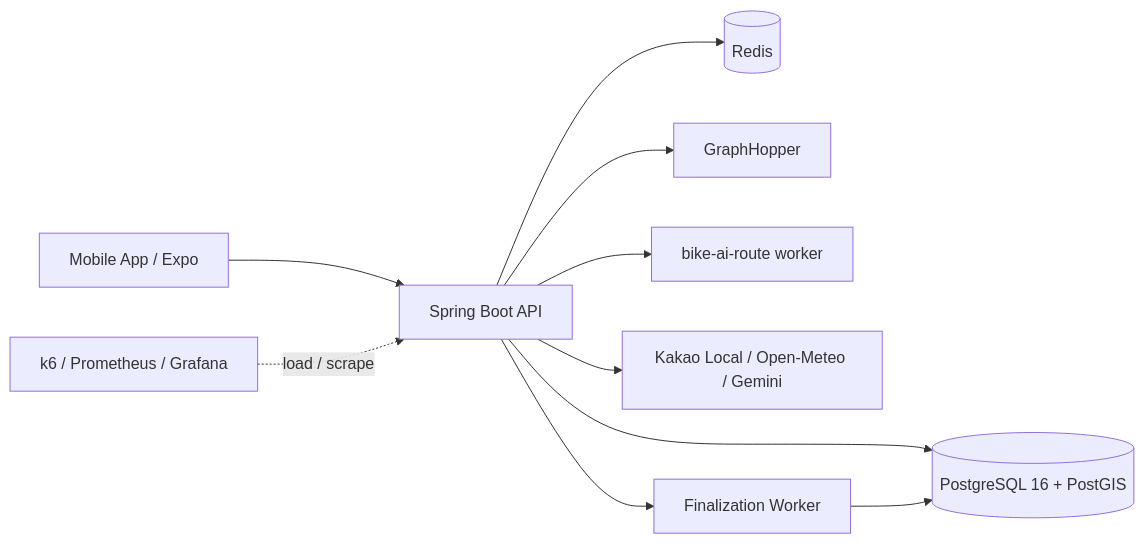
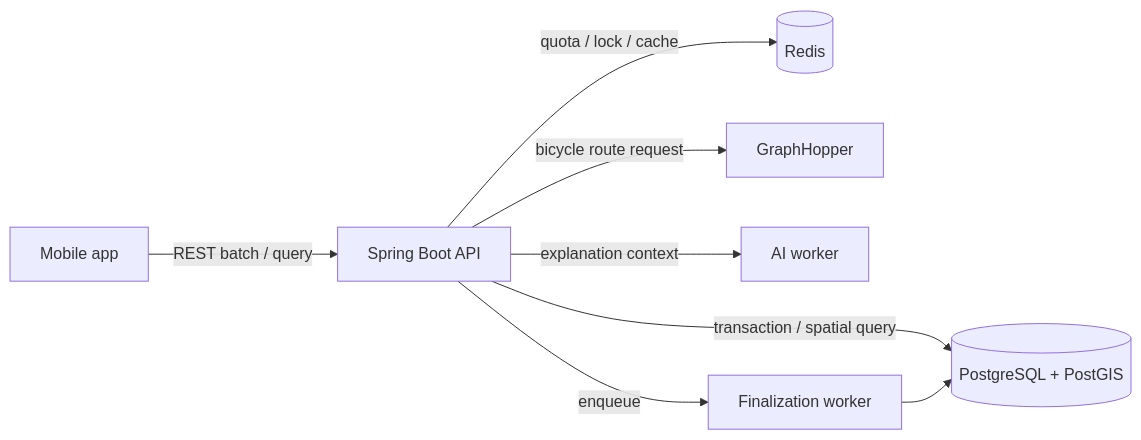
Before and after one commit to BIKE-PROJECT-MINJI/bike-back: the first of 2 diagrams in README.md, drawn with Mermaid. The commit also changed other lines of this file and 20 other files, not shown here.

````diff
--- a/README.md
+++ b/README.md
@@ -46,22 +30,10 @@
 ```mermaid
 flowchart LR
-    RN["Mobile App / Expo"]
-    API["Spring Boot API"]
-    DB[("PostgreSQL 16 + PostGIS")]
-    Redis[("Redis")]
-    GH["GraphHopper"]
-    AI["bike-ai-route worker"]
-    Provider["Kakao Local / Open-Meteo / Gemini"]
-    Worker["Finalization Worker"]
-    Obs["k6 / Prometheus / Grafana"]
-
-    RN --> API
-    API --> DB
-    API --> Redis
-    API --> GH
-    API --> AI
-    API --> Provider
-    API --> Worker
+    App["Mobile app"] -->|"REST batch / query"| API["Spring Boot API"]
+    API -->|"transaction / spatial query"| DB[("PostgreSQL + PostGIS")]
+    API -->|"quota / lock / cache"| Redis[("Redis")]
+    API -->|"bicycle route request"| GH["GraphHopper"]
+    API -->|"explanation context"| AI["AI worker"]
+    API -->|"enqueue"| Worker["Finalization worker"]
     Worker --> DB
-    Obs -. "load / scrape" .-> API
 ```
````
